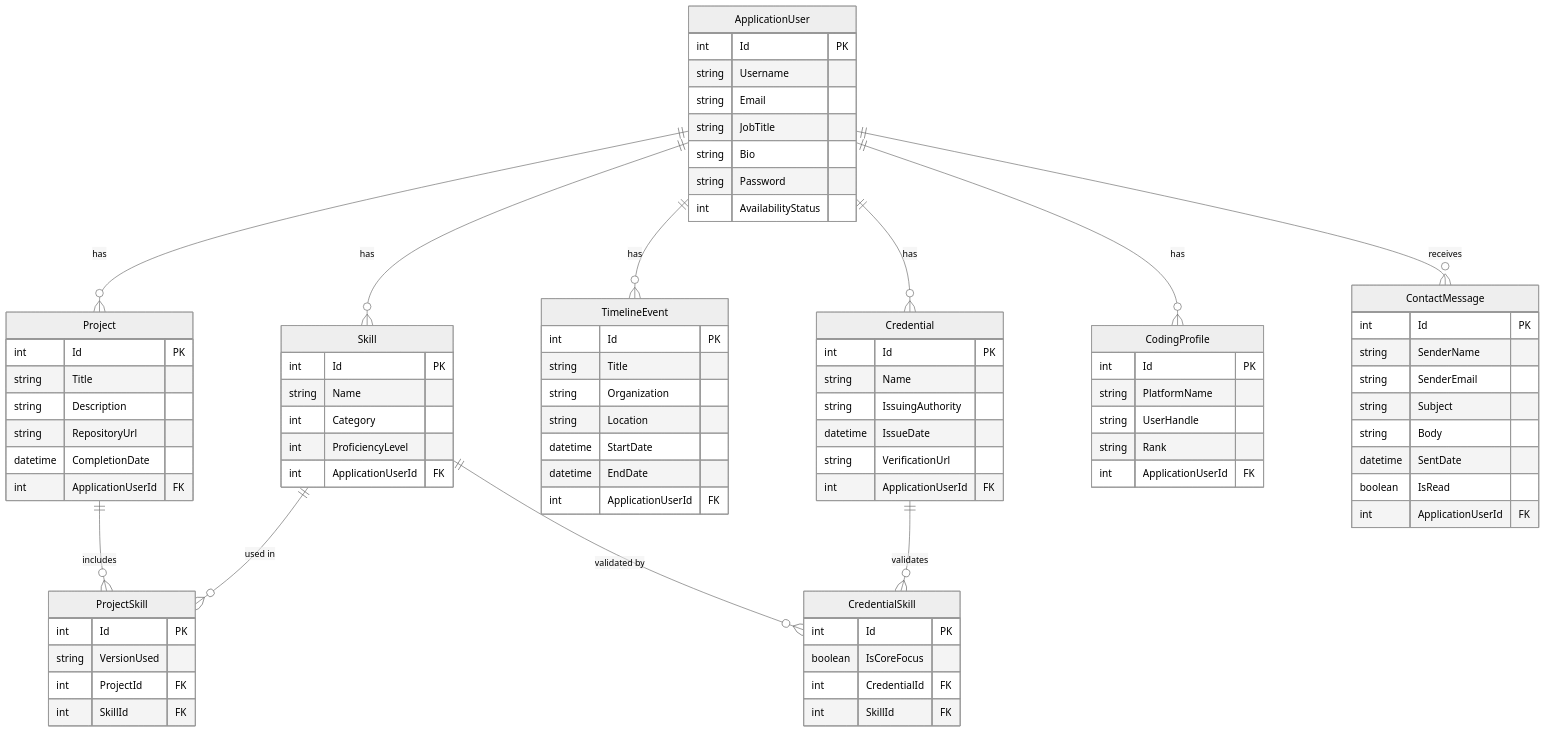
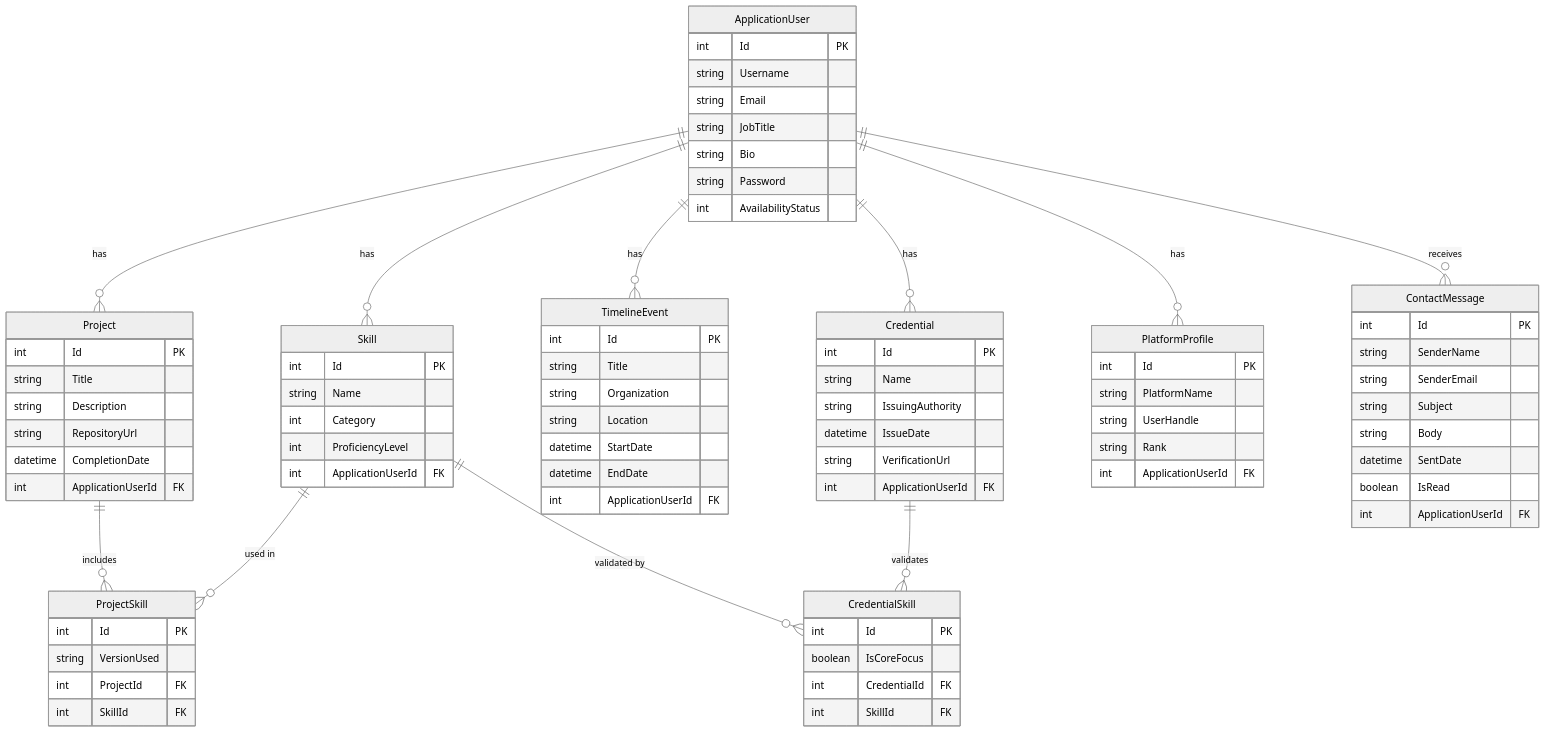
One commit to YousefKurchaloy/Portfol.io changed the diagram in README.md. Above: the diagram before and after it, drawn with Mermaid (neutral theme). The commit also changed other lines of this file and 3 other files, not shown here.

Commit message:
- Changed CodingProfile to PlatformProfile to accommodate future expansion to other platforms like LinkedIn, GitHub, etc. - Updated README.md

```diff
--- a/README.md
+++ b/README.md
@@ -75,7 +75,7 @@
         int ApplicationUserId FK
     }
 
-    CodingProfile {
+    PlatformProfile {
         int Id PK
         string PlatformName
         string UserHandle
@@ -113,7 +113,7 @@
     ApplicationUser ||--o{ Skill : "has"
     ApplicationUser ||--o{ TimelineEvent : "has"
     ApplicationUser ||--o{ Credential : "has"
-    ApplicationUser ||--o{ CodingProfile : "has"
+    ApplicationUser ||--o{ PlatformProfile : "has"
     ApplicationUser ||--o{ ContactMessage : "receives"
 
     %% Many-to-Many Join Tables
```
